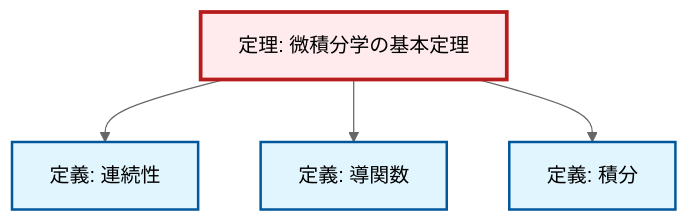
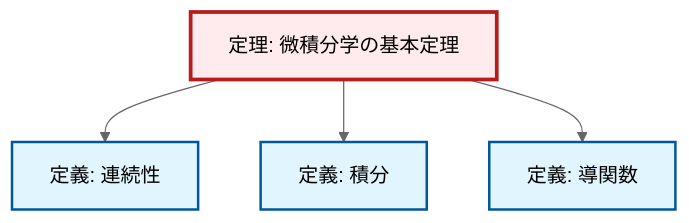
One commit to RK0429/ModernMath changed the diagram in content/ja/analysis/thm-fundamental-calculus.qmd. Above: the diagram before and after it, drawn with Mermaid (neutral theme). The commit also changed other lines of this file and 1012 other files, not shown here.

````diff
--- a/content/ja/analysis/thm-fundamental-calculus.qmd
+++ b/content/ja/analysis/thm-fundamental-calculus.qmd
@@ -142,20 +142,20 @@
 ```{mermaid}
 %%| fig-cap: "Local dependency graph"
 graph TD
     classDef definition fill:#e1f5fe,stroke:#01579b,stroke-width:2px
     classDef theorem fill:#f3e5f5,stroke:#4a148c,stroke-width:2px
     classDef axiom fill:#fff3e0,stroke:#e65100,stroke-width:2px
     classDef example fill:#e8f5e9,stroke:#1b5e20,stroke-width:2px
     classDef current fill:#ffebee,stroke:#b71c1c,stroke-width:3px
+    def-continuity["定義: 連続性"]:::definition
     def-integral["定義: 積分"]:::definition
+    def-derivative["定義: 導関数"]:::definition
     thm-fundamental-calculus["定理: 微積分学の基本定理"]:::theorem
-    def-derivative["定義: 導関数"]:::definition
-    def-continuity["定義: 連続性"]:::definition
     thm-fundamental-calculus --> def-continuity
+    thm-fundamental-calculus --> def-integral
     thm-fundamental-calculus --> def-derivative
-    thm-fundamental-calculus --> def-integral
     class thm-fundamental-calculus current
+    click def-continuity "def-continuity.html" "連続性の定義へ"
     click def-integral "def-integral.html" "積分の定義へ"
     click def-derivative "def-derivative.html" "導関数の定義へ"
-    click def-continuity "def-continuity.html" "連続性の定義へ"
 ```
````
